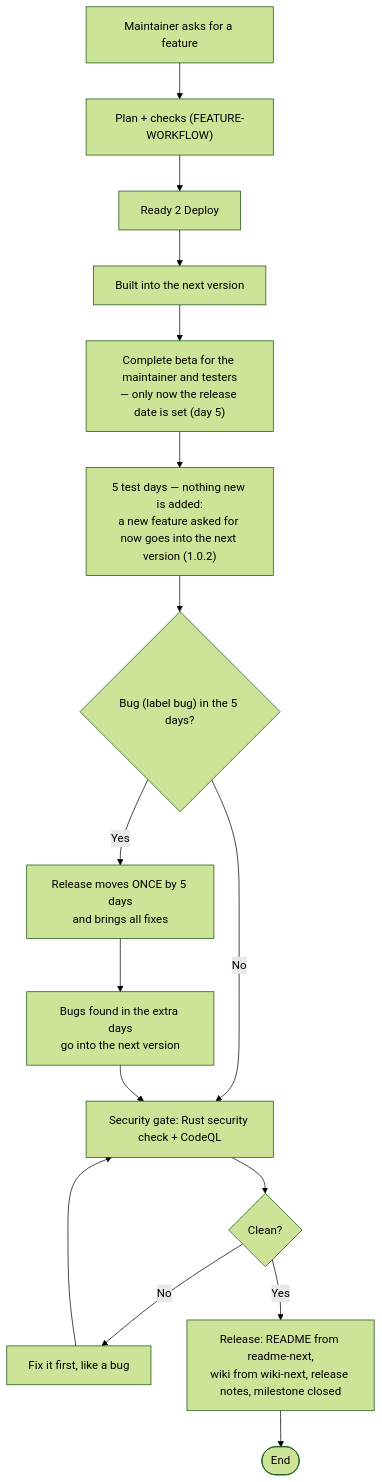
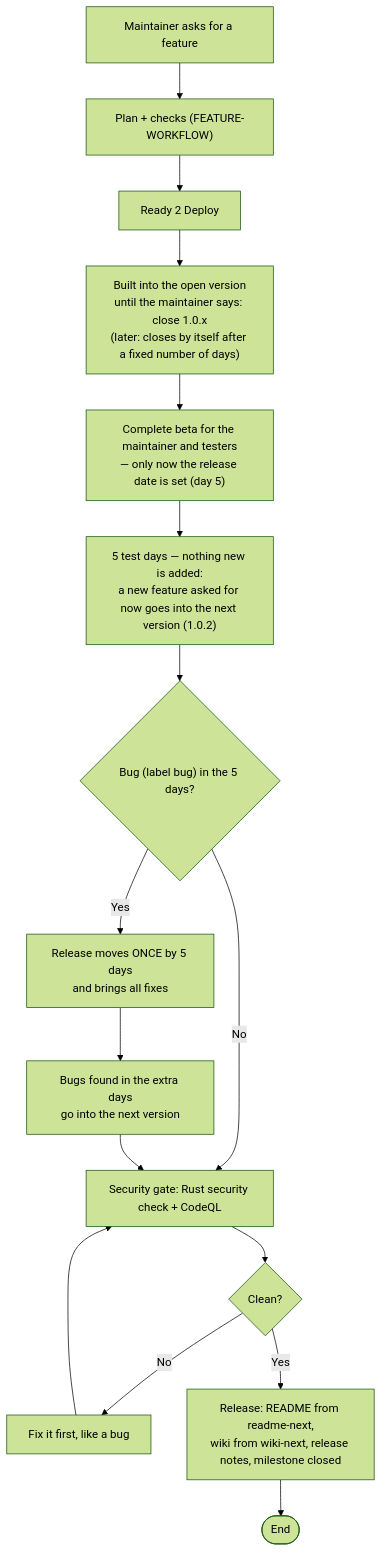
Before and after one commit to GFGMNET/Workspace: the diagram in docs/RELEASE-WORKFLOW.md, drawn with Mermaid (forest theme). The commit also changed 1 other file, not shown here.

Commit message:
Release workflow: features collect in the open version until the maintainer closes it (later: fixed period)
Claude-Session: https://claude.ai/code/session_01YTmHS5QesE4imbb73iBYzB

````diff
--- a/docs/RELEASE-WORKFLOW.md
+++ b/docs/RELEASE-WORKFLOW.md
@@ -5,18 +5,18 @@
 ```mermaid
 flowchart TD
    Z["Maintainer asks for a feature"] --> Y["Plan + checks (FEATURE-WORKFLOW)"]
    Y --> X["Ready 2 Deploy"]
-   X --> A["Built into the next version"]
+   X --> A["Built into the open version<br/>until the maintainer says: close 1.0.x<br/>(later: closes by itself after a fixed number of days)"]
    A --> B["Complete beta for the maintainer and testers<br/>— only now the release date is set (day 5)"]
    B --> C["5 test days — nothing new is added:<br/>a new feature asked for now goes into the next version (1.0.2)"]
    C --> D{"Bug (label bug) in the 5 days?"}
    D -->|No| G["Security gate: Rust security check + CodeQL"]
    D -->|Yes| E["Release moves ONCE by 5 days<br/>and brings all fixes"]
    E --> F["Bugs found in the extra days<br/>go into the next version"]
    F --> G
    G --> H{"Clean?"}
    H -->|No| I["Fix it first, like a bug"]
    I --> G
    H -->|Yes| J["Release: README from readme-next,<br/>wiki from wiki-next, release notes, milestone closed"]
    J --> K([End])
 ```
````
